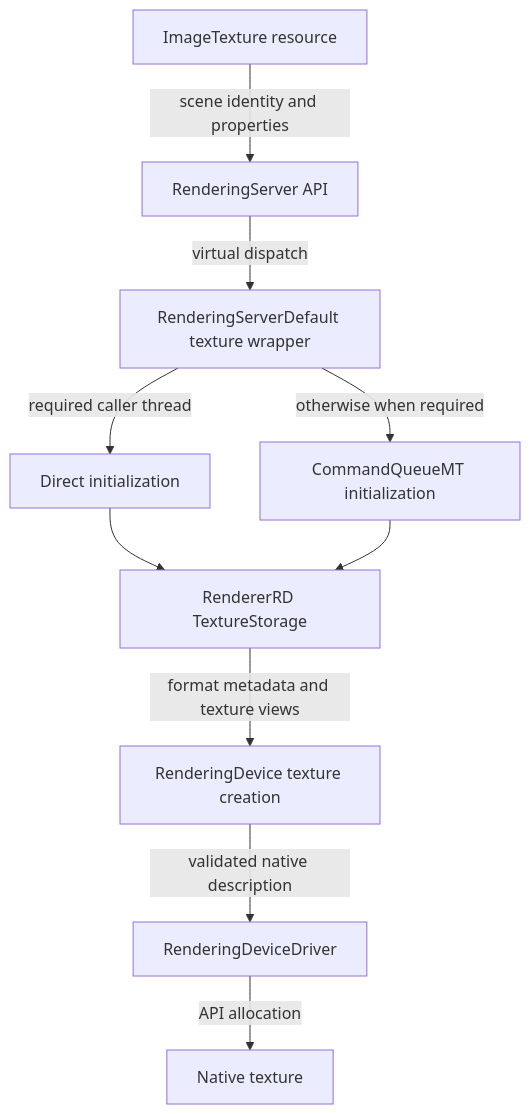
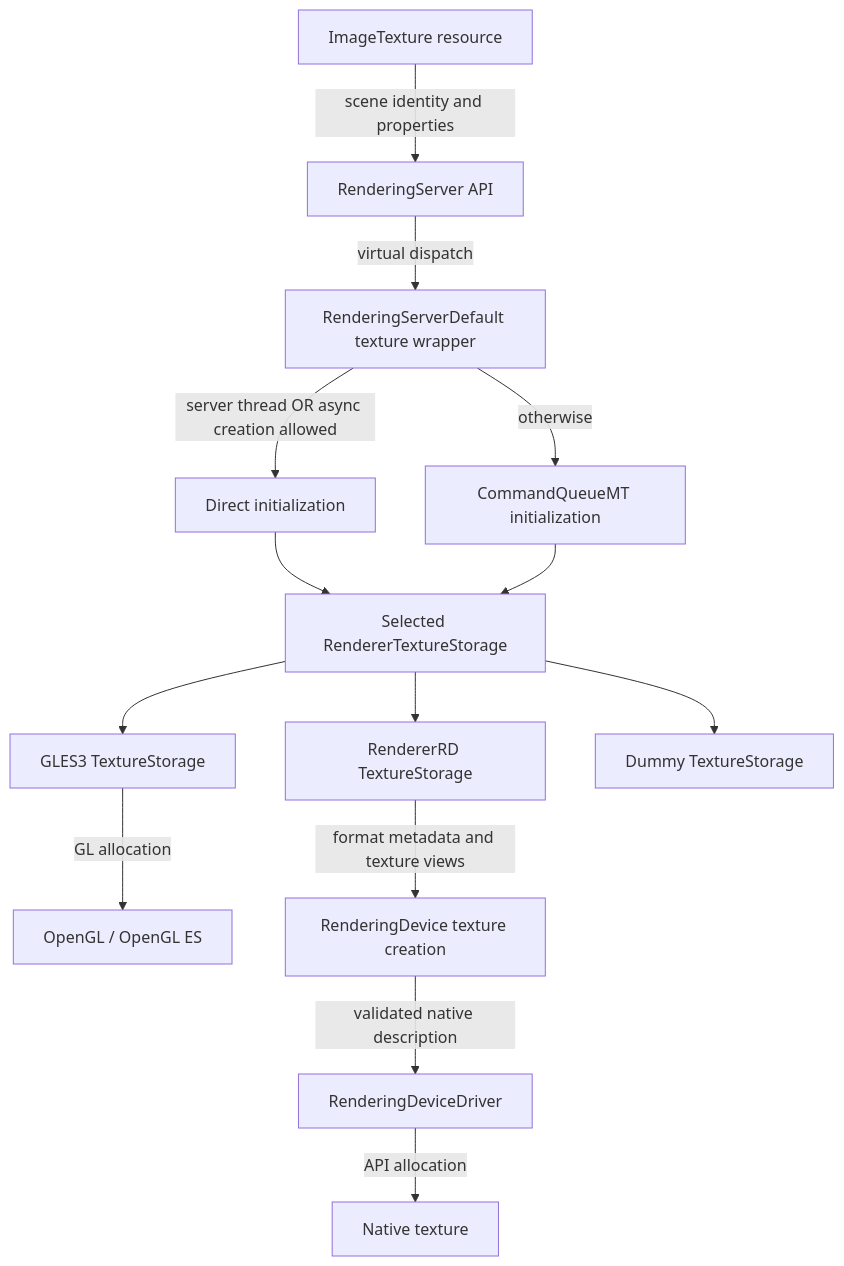
One commit to Redot-Engine/Redot-Documentation changed the diagram in Redot-Documentation/docs/latest/engine_internals/rendering/diagrams/rendering-wrapper-chain.mmd. Above: the diagram before and after it, drawn with Mermaid. The commit also changed 25 other files, not shown here.

```diff
--- a/Redot-Documentation/docs/latest/engine_internals/rendering/diagrams/rendering-wrapper-chain.mmd
+++ b/Redot-Documentation/docs/latest/engine_internals/rendering/diagrams/rendering-wrapper-chain.mmd
@@ -1,12 +1,16 @@
 flowchart TD
     accTitle: Texture creation wrapper responsibilities
-    accDescr: Each layer carries a different contract: resource semantics, dispatch, storage metadata, device validation, or native API translation.
+    accDescr: Texture initialization is direct on the server thread or when the compositor allows asynchronous creation; otherwise it is queued. Each backend selects its own texture storage.
     Resource[ImageTexture resource] -->|scene identity and properties| API[RenderingServer API]
     API -->|virtual dispatch| Dispatch[RenderingServerDefault texture wrapper]
-    Dispatch -->|required caller thread| Direct[Direct initialization]
-    Dispatch -->|otherwise when required| Queue[CommandQueueMT initialization]
-    Direct --> Storage[RendererRD TextureStorage]
+    Dispatch -->|server thread OR async creation allowed| Direct[Direct initialization]
+    Dispatch -->|otherwise| Queue[CommandQueueMT initialization]
+    Direct --> Storage[Selected RendererTextureStorage]
     Queue --> Storage
-    Storage -->|format metadata and texture views| Device[RenderingDevice texture creation]
+    Storage --> RDStorage[RendererRD TextureStorage]
+    Storage --> GLStorage[GLES3 TextureStorage]
+    Storage --> Dummy[Dummy TextureStorage]
+    GLStorage -->|GL allocation| GL[OpenGL / OpenGL ES]
+    RDStorage -->|format metadata and texture views| Device[RenderingDevice texture creation]
     Device -->|validated native description| Driver[RenderingDeviceDriver]
     Driver -->|API allocation| Native[Native texture]
```
